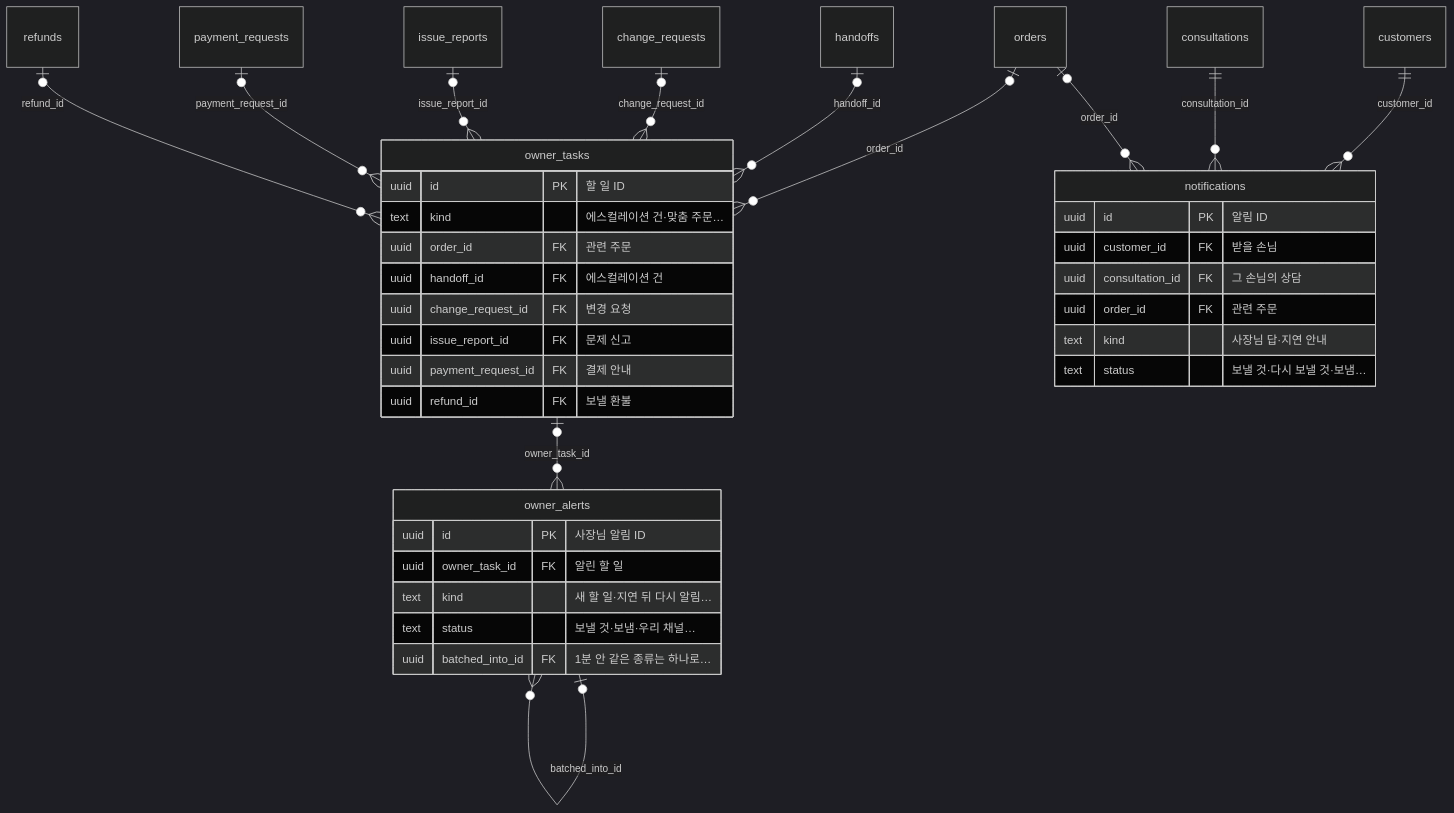
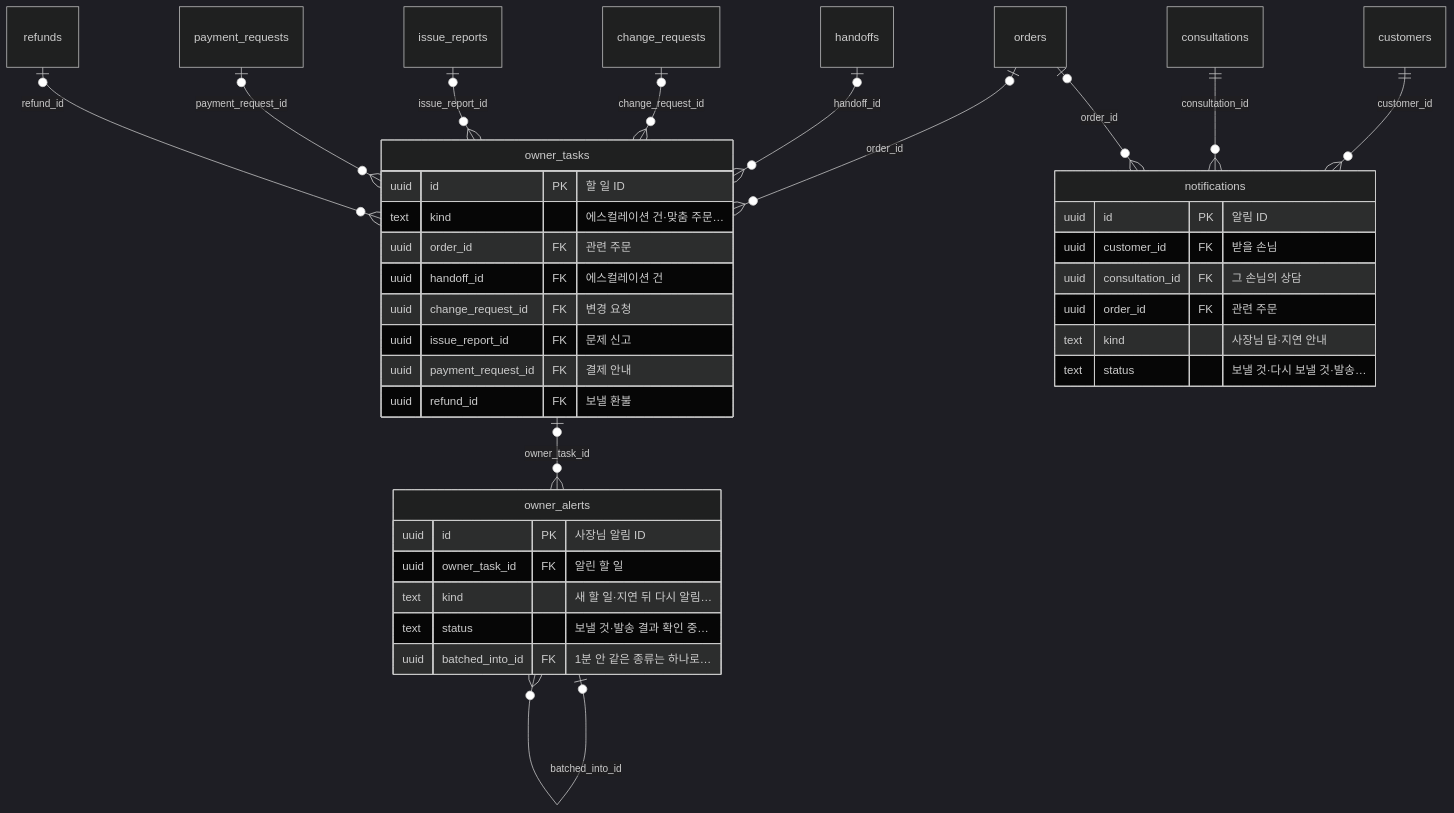
One commit to kodonghui/siljang.ai changed the ninth of 11 diagrams in docs/05-erd/README.md. Above: the diagram before and after it, drawn with Mermaid (dark theme). The commit also changed other lines of this file and 52 other files, not shown here.

````diff
--- a/docs/05-erd/README.md
+++ b/docs/05-erd/README.md
@@ -550,39 +552,39 @@
 ```mermaid
 erDiagram
   owner_tasks {
     uuid id PK "할 일 ID"
     text kind "에스컬레이션 건·맞춤 주문…"
     uuid order_id FK "관련 주문"
     uuid handoff_id FK "에스컬레이션 건"
     uuid change_request_id FK "변경 요청"
     uuid issue_report_id FK "문제 신고"
     uuid payment_request_id FK "결제 안내"
     uuid refund_id FK "보낼 환불"
   }
   owner_alerts {
     uuid id PK "사장님 알림 ID"
     uuid owner_task_id FK "알린 할 일"
     text kind "새 할 일·지연 뒤 다시 알림…"
-    text status "보낼 것·보냄·우리 채널…"
+    text status "보낼 것·발송 결과 확인 중…"
     uuid batched_into_id FK "1분 안 같은 종류는 하나로…"
   }
   notifications {
     uuid id PK "알림 ID"
     uuid customer_id FK "받을 손님"
     uuid consultation_id FK "그 손님의 상담"
     uuid order_id FK "관련 주문"
     text kind "사장님 답·지연 안내"
-    text status "보낼 것·다시 보낼 것·보냄…"
+    text status "보낼 것·다시 보낼 것·발송…"
   }
   orders |o--o{ owner_tasks : "order_id"
   handoffs |o--o{ owner_tasks : "handoff_id"
   change_requests |o--o{ owner_tasks : "change_request_id"
   issue_reports |o--o{ owner_tasks : "issue_report_id"
   payment_requests |o--o{ owner_tasks : "payment_request_id"
   refunds |o--o{ owner_tasks : "refund_id"
   owner_tasks |o--o{ owner_alerts : "owner_task_id"
   owner_alerts |o--o{ owner_alerts : "batched_into_id"
   customers ||--o{ notifications : "customer_id"
   consultations ||--o{ notifications : "consultation_id"
   orders |o--o{ notifications : "order_id"
 ```
````
